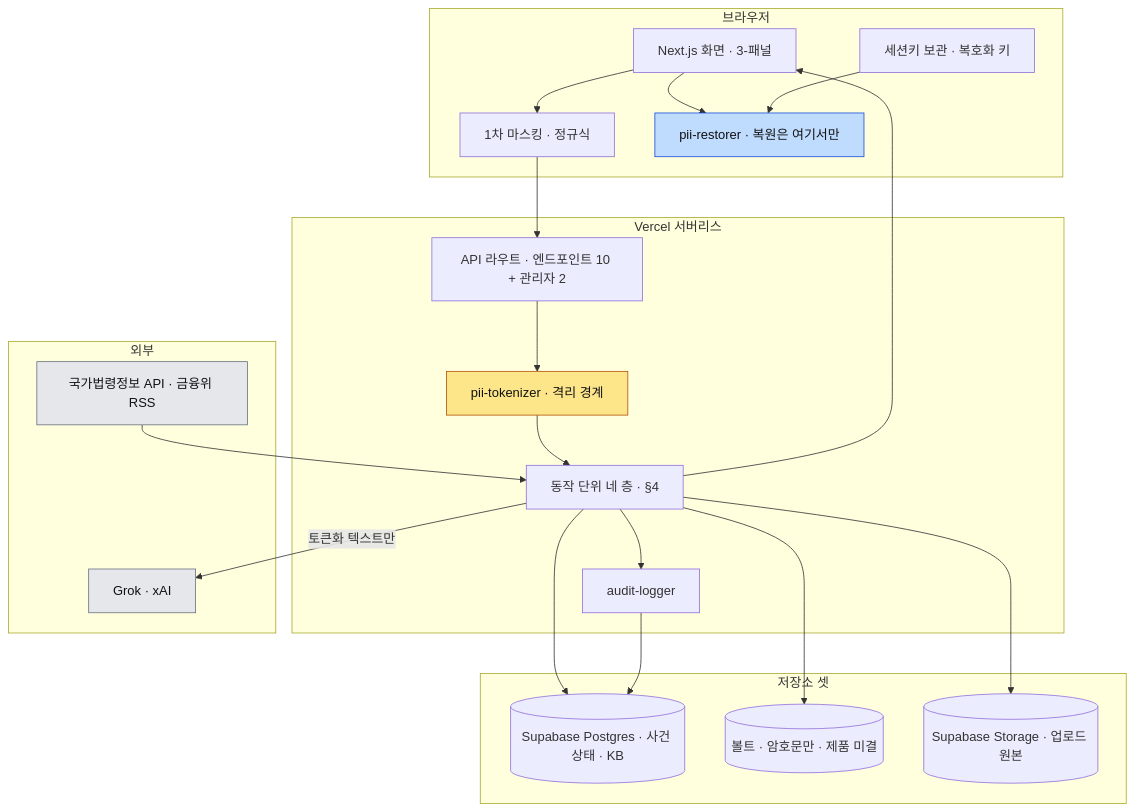
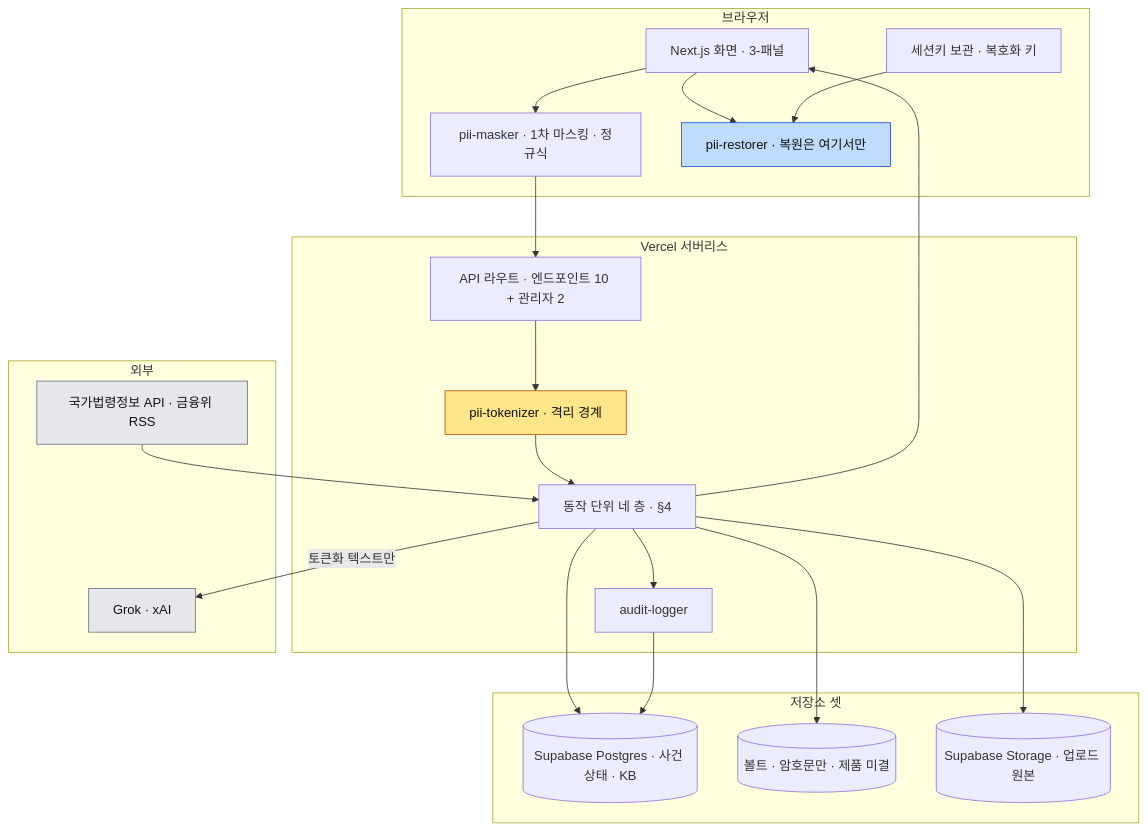
The first of 7 diagrams in ARCHITECTURE.md (Dojaegyum/fsec-ai-challenge), drawn with Mermaid before and after one commit. The commit also changed other lines of this file and 6 other files, not shown here.

````diff
--- a/ARCHITECTURE.md
+++ b/ARCHITECTURE.md
@@ -26,44 +28,44 @@
 ```mermaid
 flowchart TB
     subgraph CLIENT["브라우저"]
         UI["Next.js 화면 · 3-패널"]
-        MASK["1차 마스킹 · 정규식"]
+        MASK["pii-masker · 1차 마스킹 · 정규식"]
         KEY["세션키 보관 · 복호화 키"]
         REST["pii-restorer · 복원은 여기서만"]
     end
 
     subgraph SERVER["Vercel 서버리스"]
         API["API 라우트 · 엔드포인트 10 + 관리자 2"]
         BOUND["pii-tokenizer · 격리 경계"]
         CORE["동작 단위 네 층 · §4"]
         AUDIT["audit-logger"]
     end
 
     subgraph STORE["저장소 셋"]
         PG[("Supabase Postgres · 사건 상태 · KB")]
         KV[("볼트 · 암호문만 · 제품 미결")]
         BLOB[("Supabase Storage · 업로드 원본")]
     end
 
     subgraph EXT["외부"]
         GROK["Grok · xAI"]
         LAW["국가법령정보 API · 금융위 RSS"]
     end
 
     UI --> MASK --> API
     API --> BOUND --> CORE
     CORE --> PG
     CORE --> KV
     CORE --> BLOB
     CORE -- "토큰화 텍스트만" --> GROK
     CORE --> AUDIT --> PG
     CORE --> UI
     UI --> REST
     KEY --> REST
     LAW --> CORE
 
     style BOUND fill:#fde68a,stroke:#b45309,color:#111
     style REST fill:#bfdbfe,stroke:#1d4ed8,color:#111
     style GROK fill:#e5e7eb,stroke:#6b7280,color:#111
     style LAW fill:#e5e7eb,stroke:#6b7280,color:#111
 ```
````
